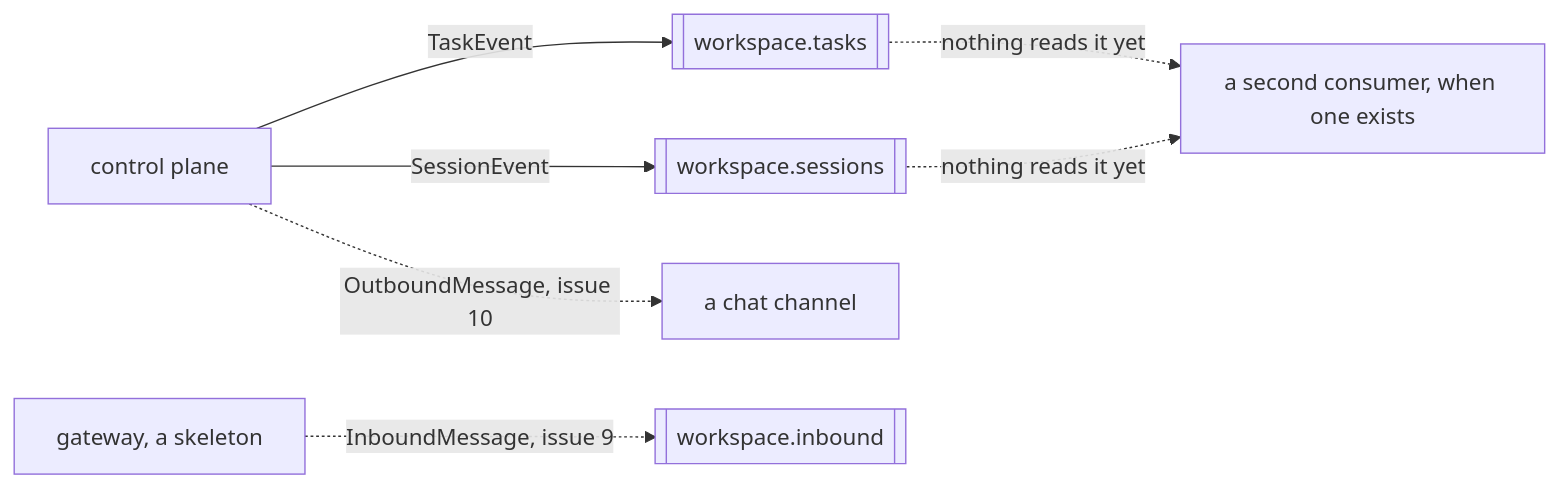
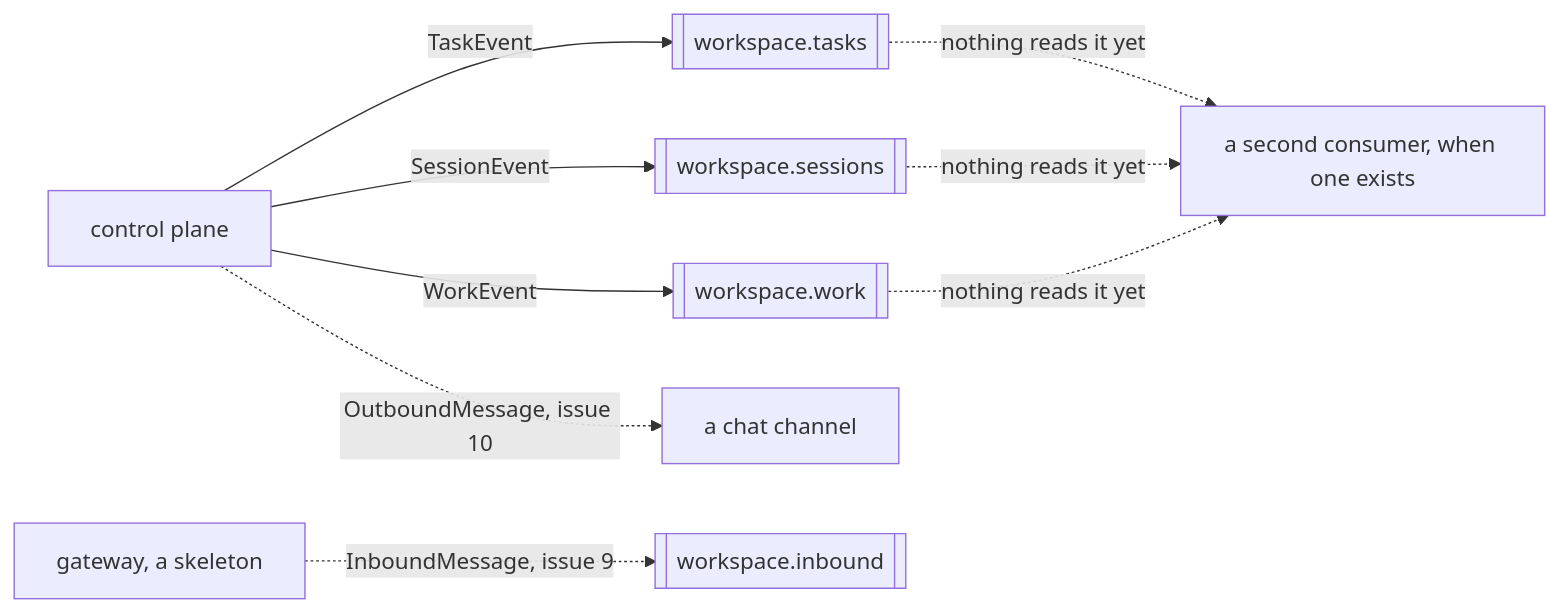
Before and after one commit to atlantic-blue/quay-crew: the first of 2 diagrams in docs/EVENTS.md, drawn with Mermaid. The commit also changed other lines of this file and 27 other files, not shown here.

````diff
--- a/docs/EVENTS.md
+++ b/docs/EVENTS.md
@@ -116,9 +156,11 @@
 ```mermaid
 flowchart LR
     CP["control plane"] -->|"TaskEvent"| TASKS[["workspace.tasks"]]
     TASKS -.->|"nothing reads it yet"| SECOND["a second consumer, when one exists"]
     CP -->|"SessionEvent"| SESSIONS[["workspace.sessions"]]
     SESSIONS -.->|"nothing reads it yet"| SECOND
+    CP -->|"WorkEvent"| WORK[["workspace.work"]]
+    WORK -.->|"nothing reads it yet"| SECOND
     GW["gateway, a skeleton"] -. "InboundMessage, issue 9" .-> IN[["workspace.inbound"]]
     CP -. "OutboundMessage, issue 10" .-> OUT["a chat channel"]
 ```
````
